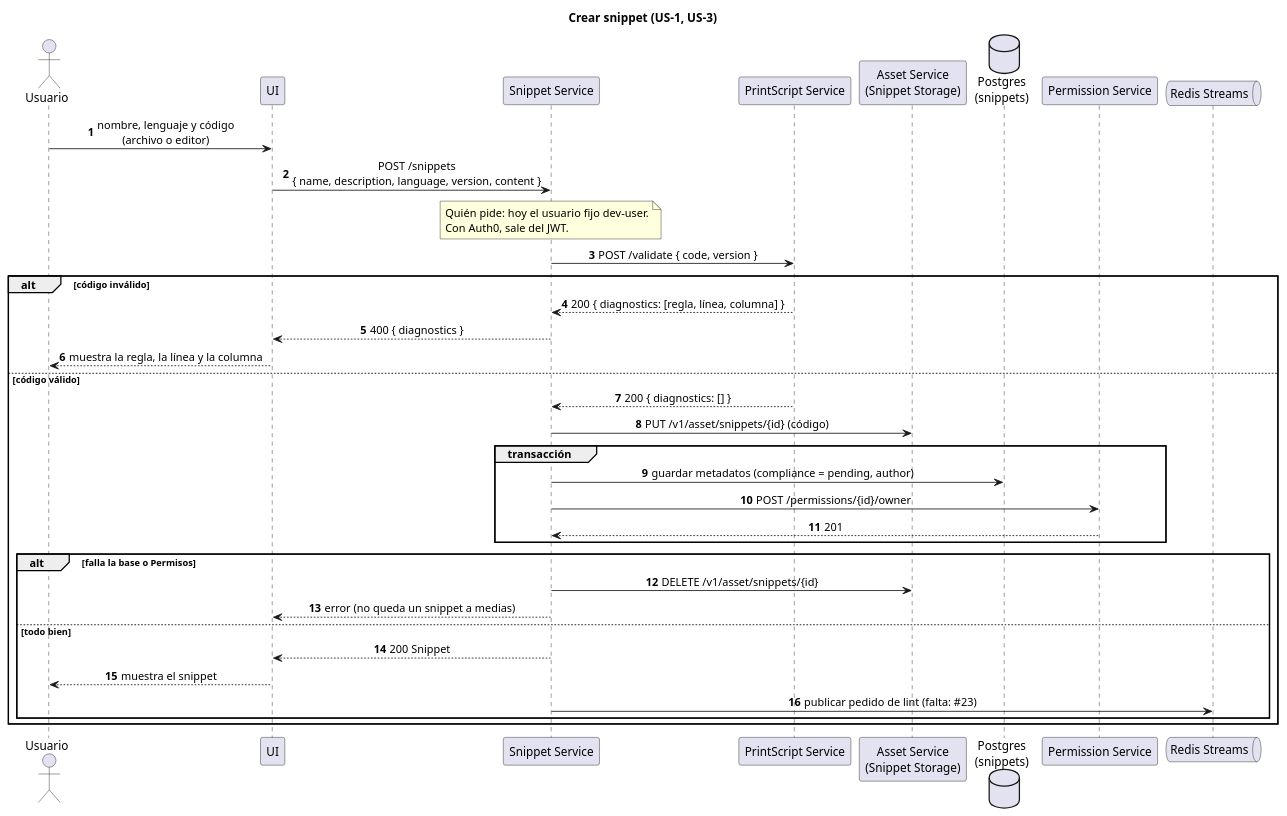
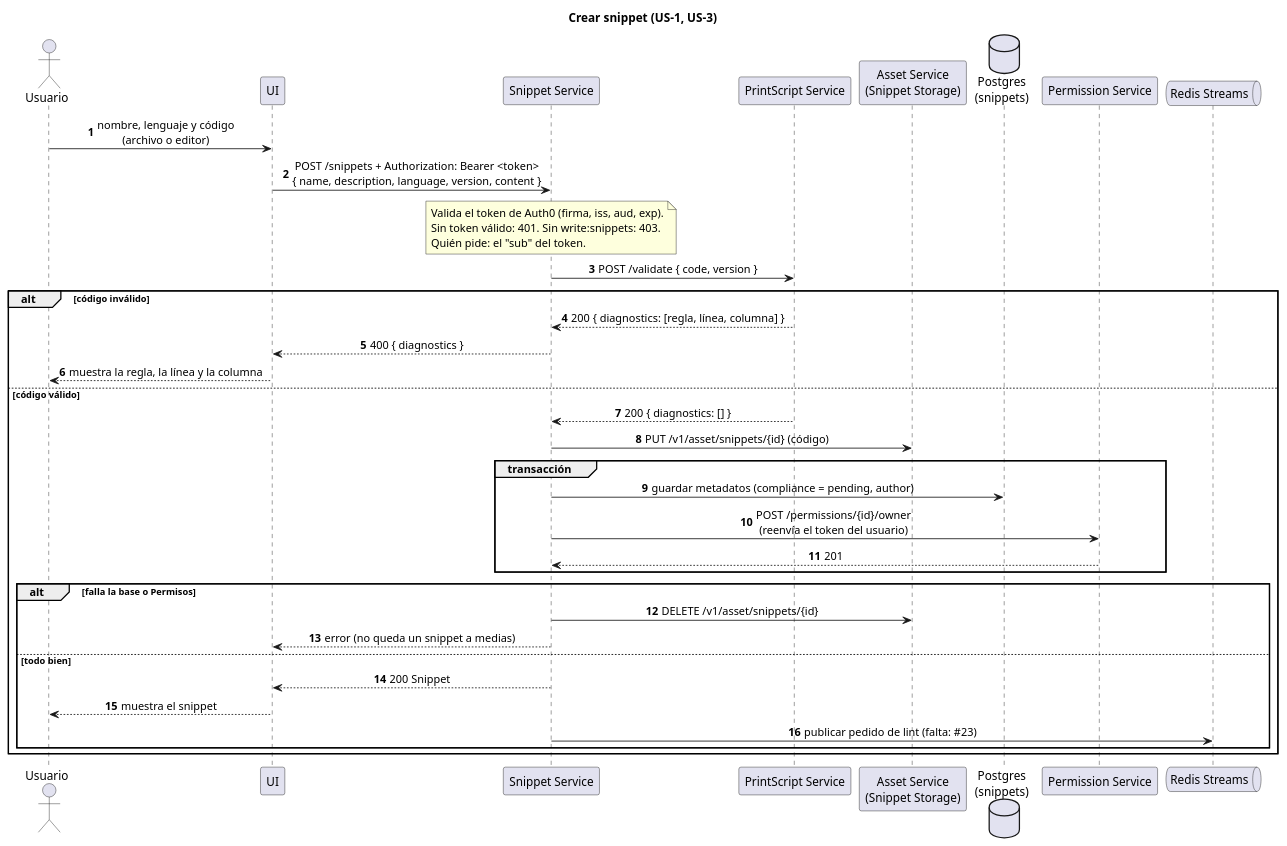
Before and after one commit to MartinaCousido/SnippetSearcher: the diagram in docs/diagramas/flujos/secuencia-crear-snippet.puml, drawn with PlantUML. The commit also changed 20 other files, not shown here.

First line of the commit message:
feat(snippets): valida el token de Auth0 y lo reenvía a Permission Service

```diff
--- a/docs/diagramas/flujos/secuencia-crear-snippet.puml
+++ b/docs/diagramas/flujos/secuencia-crear-snippet.puml
@@ -1,47 +1,48 @@
 @startuml secuencia-crear-snippet
 ' Crear un snippet desde un archivo o desde el editor (US-1, US-3).
 ' Implementado en #34. El lint en segundo plano (pasos finales) es #23.
 
 title Crear snippet (US-1, US-3)
 autonumber
 skinparam sequenceMessageAlign center
 
 actor Usuario
 participant UI
 participant "Snippet Service" as S
 participant "PrintScript Service" as PS
 participant "Asset Service\n(Snippet Storage)" as ST
 database "Postgres\n(snippets)" as DB
 participant "Permission Service" as P
 queue "Redis Streams" as Q
 
 Usuario -> UI : nombre, lenguaje y código\n(archivo o editor)
-UI -> S : POST /snippets\n{ name, description, language, version, content }
+UI -> S : POST /snippets + Authorization: Bearer <token>\n{ name, description, language, version, content }
 note over S
-  Quién pide: hoy el usuario fijo dev-user.
-  Con Auth0, sale del JWT.
+  Valida el token de Auth0 (firma, iss, aud, exp).
+  Sin token válido: 401. Sin write:snippets: 403.
+  Quién pide: el "sub" del token.
 end note
 
 S -> PS : POST /validate { code, version }
 alt código inválido
   PS --> S : 200 { diagnostics: [regla, línea, columna] }
   S --> UI : 400 { diagnostics }
   UI --> Usuario : muestra la regla, la línea y la columna
 else código válido
   PS --> S : 200 { diagnostics: [] }
   S -> ST : PUT /v1/asset/snippets/{id} (código)
   group transacción
     S -> DB : guardar metadatos (compliance = pending, author)
-    S -> P : POST /permissions/{id}/owner
+    S -> P : POST /permissions/{id}/owner\n(reenvía el token del usuario)
     P --> S : 201
   end
   alt falla la base o Permisos
     S -> ST : DELETE /v1/asset/snippets/{id}
     S --> UI : error (no queda un snippet a medias)
   else todo bien
     S --> UI : 200 Snippet
     UI --> Usuario : muestra el snippet
     S -> Q : publicar pedido de lint (falta: #23)
   end
 end
 @enduml
```
